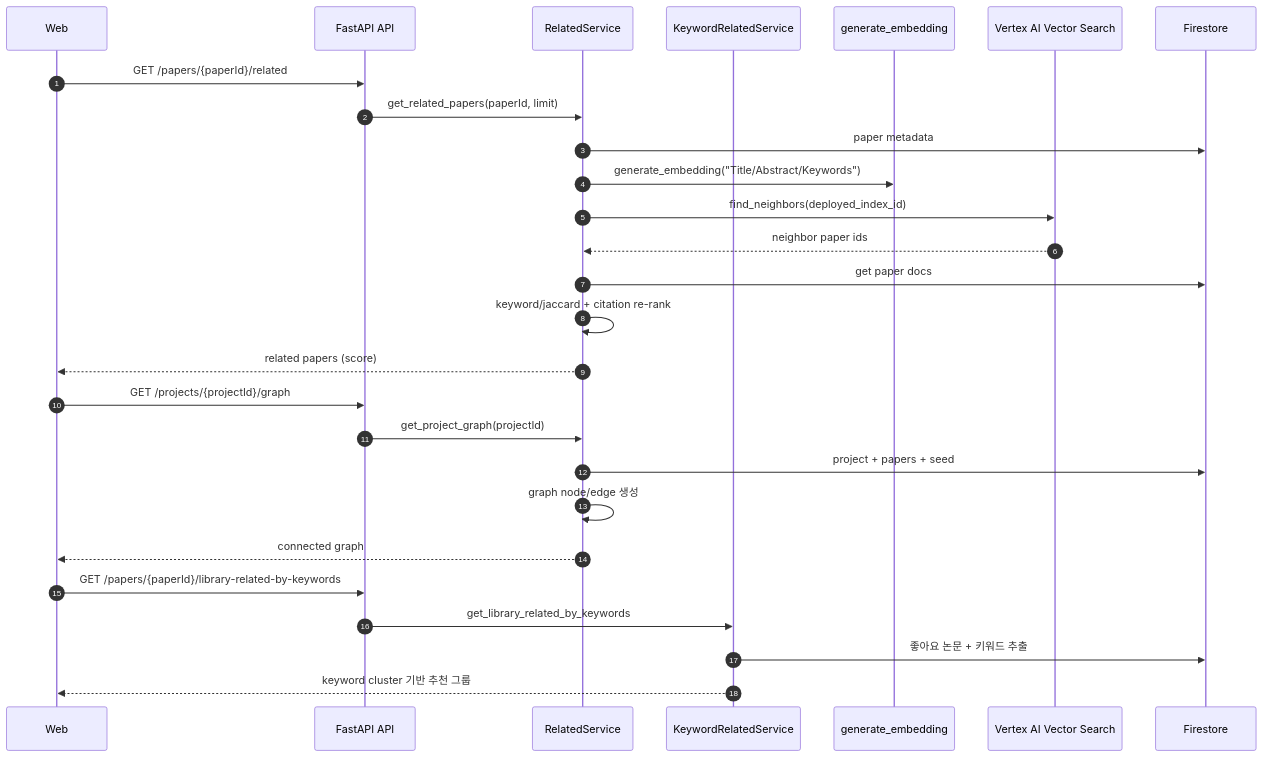
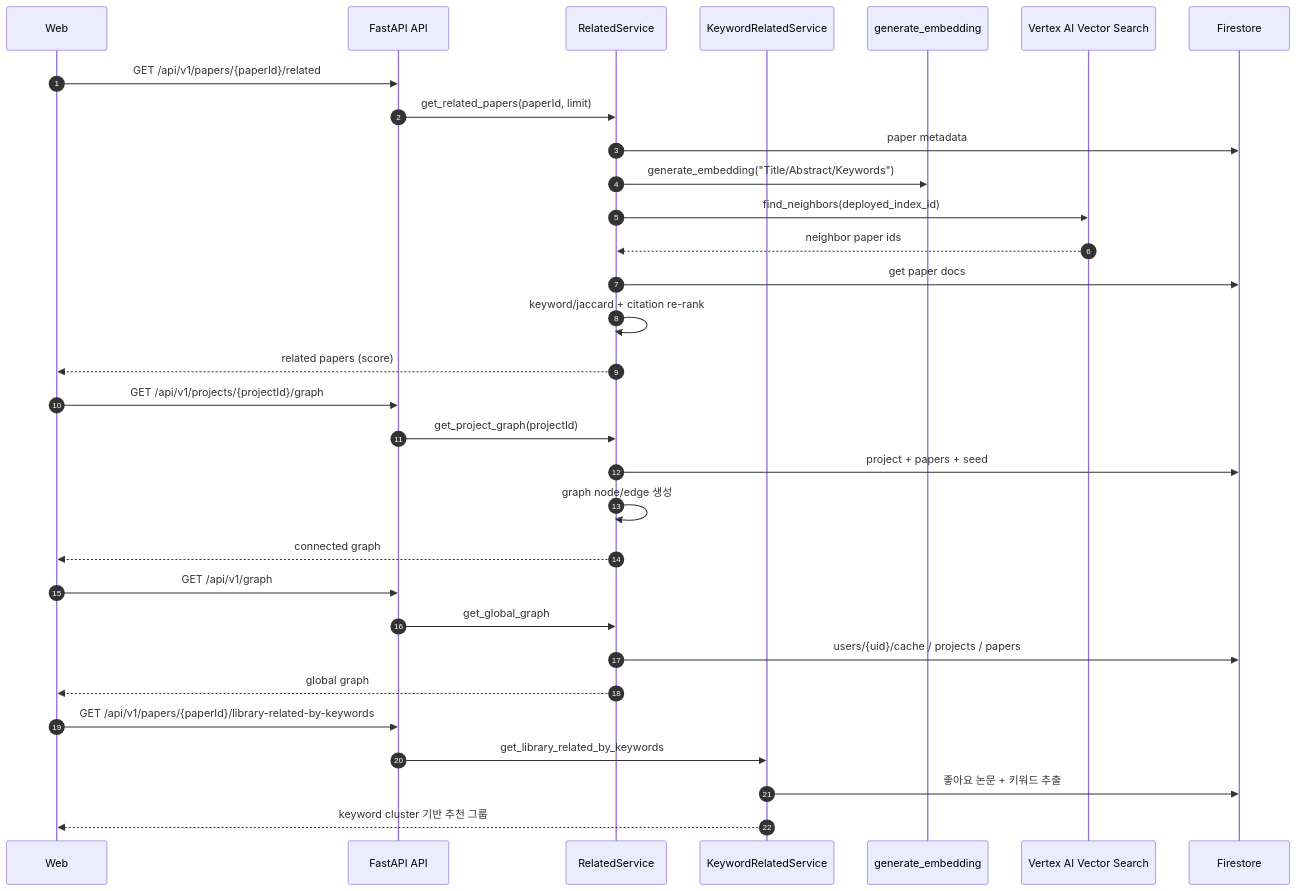
Before and after one commit to hwacho9/ai-paper: the tenth of 15 diagrams in 프로젝트_서비스_구조_및_도메인별_기능서.md, drawn with Mermaid. The commit also changed other lines of this file and 1 other file, not shown here.

First line of the commit message:
feat: Add comprehensive documentation for AI Paper project architecture and domain logic

````diff
--- a/프로젝트_서비스_구조_및_도메인별_기능서.md
+++ b/프로젝트_서비스_구조_및_도메인별_기능서.md
@@ -735,32 +686,37 @@
 ```mermaid
 sequenceDiagram
   autonumber
   participant W as Web
   participant API as FastAPI API
   participant RS as RelatedService
   participant KRS as KeywordRelatedService
   participant EMB as generate_embedding
   participant VS as Vertex AI Vector Search
   participant FS as Firestore
 
-  W->>API: GET /papers/{paperId}/related
+  W->>API: GET /api/v1/papers/{paperId}/related
   API->>RS: get_related_papers(paperId, limit)
   RS->>FS: paper metadata
   RS->>EMB: generate_embedding("Title/Abstract/Keywords")
   RS->>VS: find_neighbors(deployed_index_id)
   VS-->>RS: neighbor paper ids
   RS->>FS: get paper docs
   RS->>RS: keyword/jaccard + citation re-rank
   RS-->>W: related papers (score)
 
-  W->>API: GET /projects/{projectId}/graph
+  W->>API: GET /api/v1/projects/{projectId}/graph
   API->>RS: get_project_graph(projectId)
   RS->>FS: project + papers + seed
   RS->>RS: graph node/edge 생성
   RS-->>W: connected graph
 
-  W->>API: GET /papers/{paperId}/library-related-by-keywords
+  W->>API: GET /api/v1/graph
+  API->>RS: get_global_graph
+  RS->>FS: users/{uid}/cache / projects / papers
+  RS-->>W: global graph
+
+  W->>API: GET /api/v1/papers/{paperId}/library-related-by-keywords
   API->>KRS: get_library_related_by_keywords
   KRS->>FS: 좋아요 논문 + 키워드 추출
   KRS-->>W: keyword cluster 기반 추천 그룹
 ```
````
